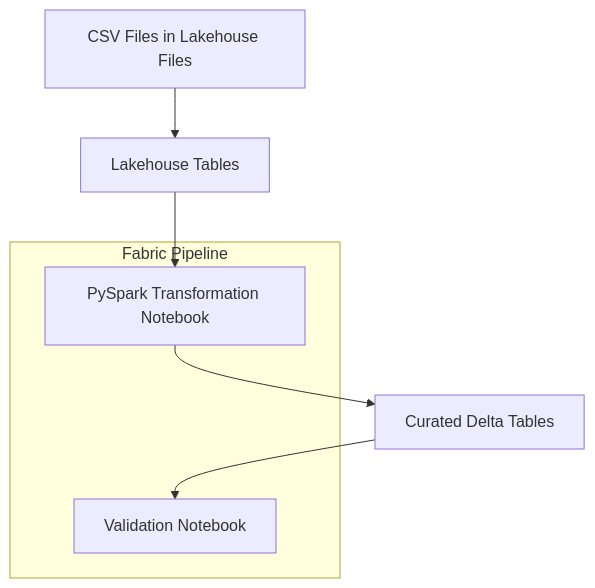
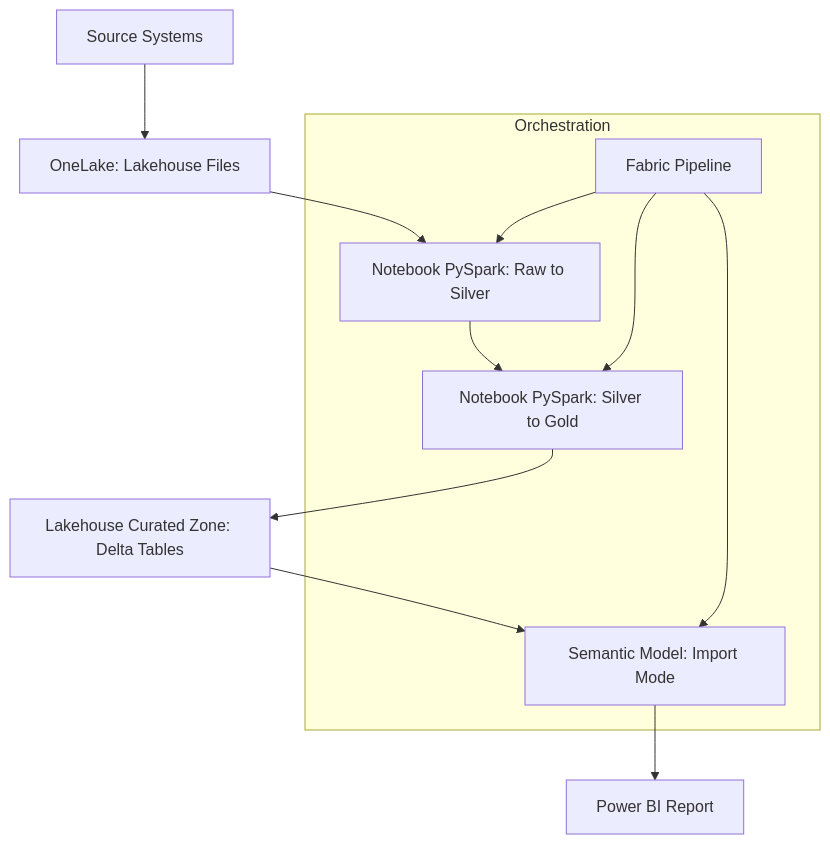
One commit to Dalbee/energy-analytics-fabric-bi changed the diagram in projects/project2-fabric-pipeline/docs/project2_pipeline_architecture.md. Above: the diagram before and after it, drawn with Mermaid. The commit also changed other lines of this file and 7 other files, not shown here.

````diff
--- a/projects/project2-fabric-pipeline/docs/project2_pipeline_architecture.md
+++ b/projects/project2-fabric-pipeline/docs/project2_pipeline_architecture.md
@@ -27,12 +27,16 @@
 ```mermaid
 flowchart TD
-    A[CSV Files in Lakehouse Files] --> B[Lakehouse Tables]
-    B --> C[PySpark Transformation Notebook]
-    C --> D[Curated Delta Tables]
-    D --> E[Validation Notebook]
+    A[Source Systems] --> B[OneLake: Lakehouse Files]
+    B --> C[Notebook PySpark: Raw to Silver]
+    C --> D[Notebook PySpark: Silver to Gold]
+    D --> E[Lakehouse Curated Zone: Delta Tables]
+    E --> F[Semantic Model: Import Mode]
+    F --> G[Power BI Report]
 
-    subgraph Fabric Pipeline
-        C
-        E
+    subgraph Orchestration
+        H[Fabric Pipeline]
+        H --> C
+        H --> D
+        H --> F
     end
 ```
````
